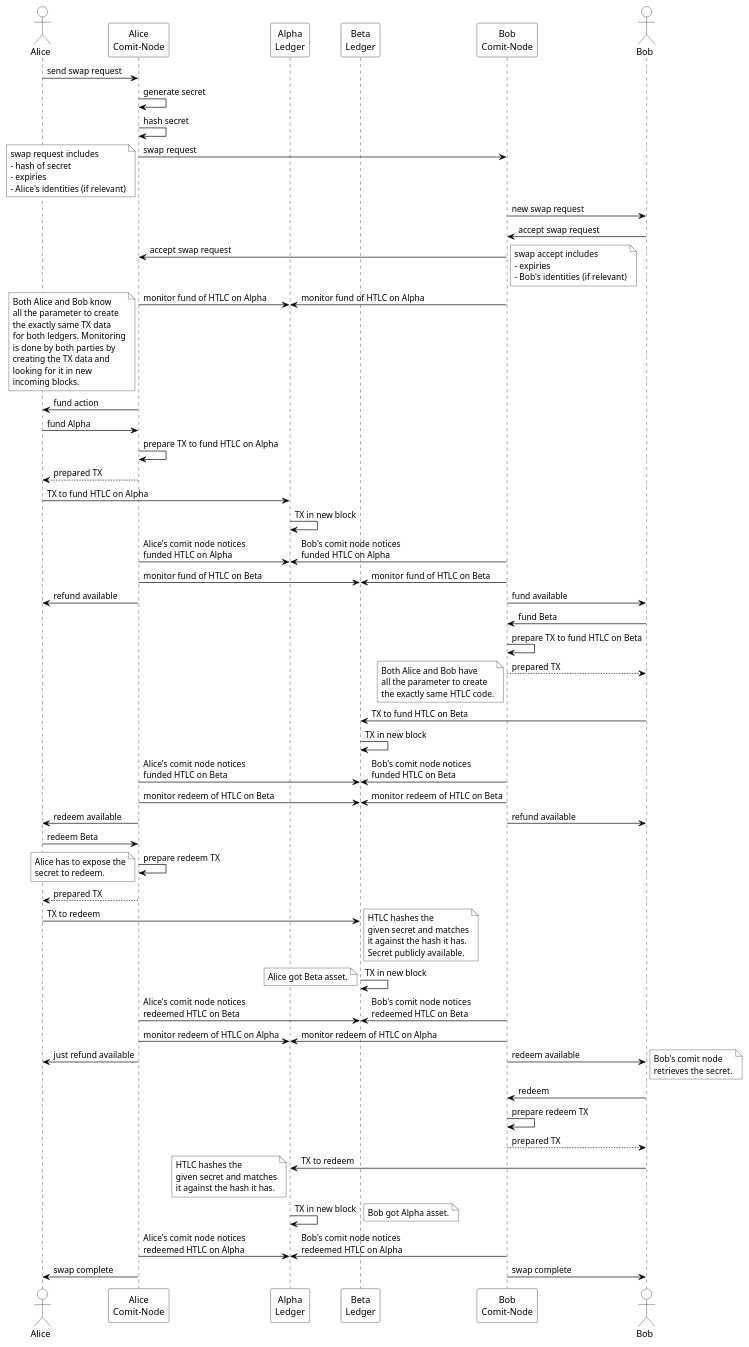
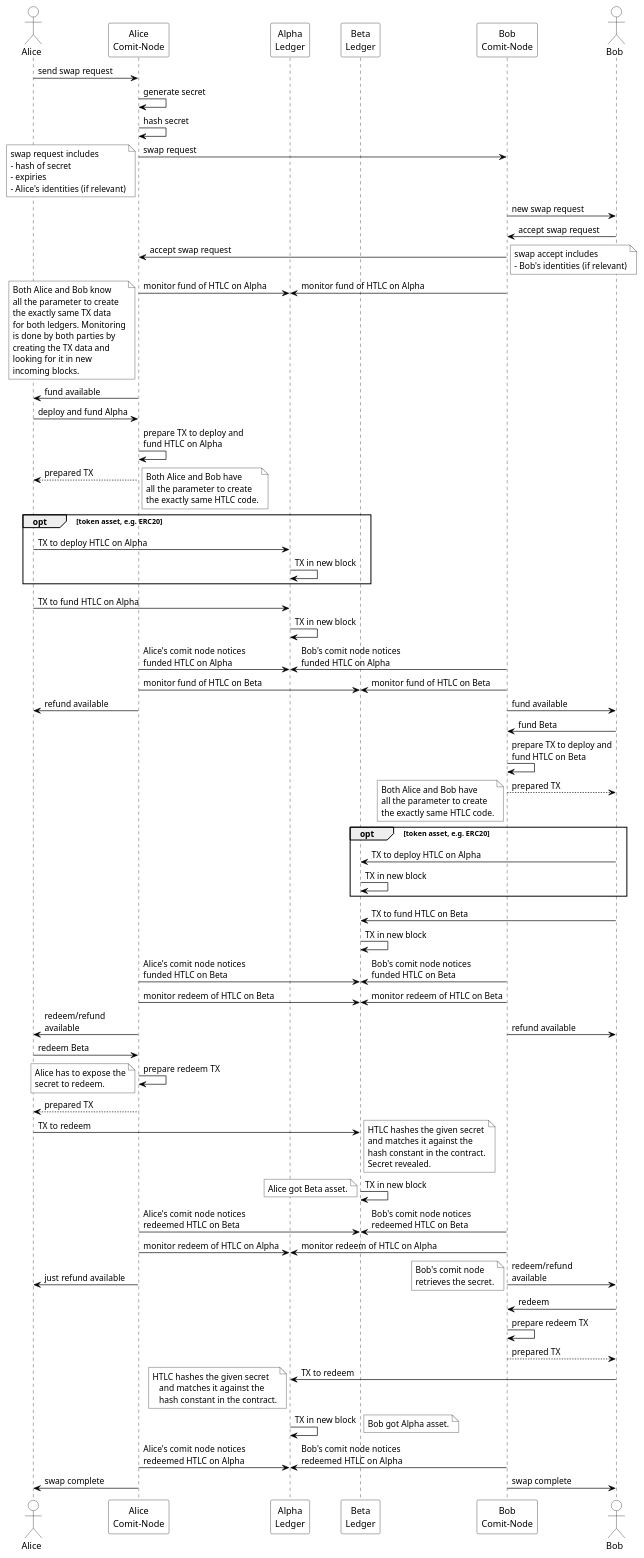
The diagram in assets/RFC003-AlphaBeta-AtomicSwap.puml (comit-network/RFCs), drawn with PlantUML before and after one commit.

Commit message:
add optional TX block for HTLC deployment in token case and fix things

```diff
--- a/assets/RFC003-AlphaBeta-AtomicSwap.puml
+++ b/assets/RFC003-AlphaBeta-AtomicSwap.puml
@@ -4,139 +4,151 @@
 @startuml
 ' #################################################
 ' SETTINGS: color settings of diagram
 ' #################################################
 skinparam sequence {
 	BorderColor black
 	ArrowColor black
 	ActorBorderColor black
 	LifeLineBorderColor black
 	LifeLineBackgroundColor white
 	
 	ParticipantBorderColor black
 	ParticipantBackgroundColor white
 	ParticipantFontColor black
 	
 	ActorBackgroundColor white
 	ActorFontColor black
 }
 ' #################################################
 ' ACTORS
 ' #################################################
 actor Alice
 participant "Alice\nComit-Node" as AC
 participant "Alpha\nLedger" as Alpha
 participant "Beta\nLedger" as Beta
 participant "Bob\nComit-Node" as BC
 actor Bob
 
 ' allow parallelism
 !pragma teoz true
 
 ' #################################################
 ' DIAGRAM
 ' #################################################
 Alice->AC: send swap request
 AC->AC: generate secret
 AC->AC: hash secret
 AC->BC: swap request 
 note left #white
 	swap request includes 
 	- hash of secret 
 	- expiries
 	- Alice's identities (if relevant)
 end note
 BC->Bob: new swap request
 Bob->BC: accept swap request
 BC->AC: accept swap request
 note right #white
-	swap accept includes 
-	- expiries
+	swap accept includes
 	- Bob's identities (if relevant)
 end note
 BC->Alpha: monitor fund of HTLC on Alpha
 & AC->Alpha: monitor fund of HTLC on Alpha
 note left #white
 	Both Alice and Bob know
 	all the parameter to create
 	the exactly same TX data
 	for both ledgers. Monitoring
 	is done by both parties by
 	creating the TX data and
 	looking for it in new
 	incoming blocks.
 end note
-AC->Alice: fund action
-Alice->AC: fund Alpha
-AC->AC: prepare TX to fund HTLC on Alpha
+AC->Alice: fund available
+Alice->AC: deploy and fund Alpha
+AC->AC: prepare TX to deploy and\nfund HTLC on Alpha
 AC-->Alice: prepared TX
+note right #white
+	Both Alice and Bob have
+	all the parameter to create
+	the exactly same HTLC code.
+end note
+opt token asset, e.g. ERC20
+   Alice->Alpha: TX to deploy HTLC on Alpha
+   Alpha->Alpha: TX in new block
+end
 Alice->Alpha: TX to fund HTLC on Alpha
 Alpha->Alpha: TX in new block
 AC->Alpha: Alice's comit node notices\nfunded HTLC on Alpha
 & BC->Alpha: Bob's comit node notices\nfunded HTLC on Alpha
 BC->Beta: monitor fund of HTLC on Beta
 & AC->Beta: monitor fund of HTLC on Beta
 AC->Alice: refund available
 & BC->Bob: fund available
 Bob->BC: fund Beta
-BC->BC: prepare TX to fund HTLC on Beta
+BC->BC: prepare TX to deploy and\nfund HTLC on Beta
 BC-->Bob: prepared TX
 note left #white
 	Both Alice and Bob have
 	all the parameter to create
 	the exactly same HTLC code.
 end note
+opt token asset, e.g. ERC20
+   Bob->Beta: TX to deploy HTLC on Alpha
+   Beta->Beta: TX in new block
+end
 Bob->Beta: TX to fund HTLC on Beta
 Beta->Beta: TX in new block
 BC->Beta: Bob's comit node notices\nfunded HTLC on Beta
 & AC->Beta: Alice's comit node notices\nfunded HTLC on Beta
 BC->Beta: monitor redeem of HTLC on Beta
 & AC->Beta: monitor redeem of HTLC on Beta
 BC->Bob: refund available
-& AC->Alice: redeem available
+& AC->Alice: redeem/refund\navailable
 Alice->AC: redeem Beta
 AC->AC: prepare redeem TX
 note left #white
 	Alice has to expose the
 	secret to redeem.
 end note
 AC-->Alice: prepared TX
 Alice->Beta: TX to redeem
 note right #white
-	HTLC hashes the
-	given secret and matches
-	it against the hash it has.
-	Secret publicly available.
+	HTLC hashes the given secret
+	and matches it against the
+	hash constant in the contract.
+	Secret revealed.
 end note
 Beta->Beta: TX in new block
 note left #white
 	Alice got Beta asset.
 end note
 AC->Beta: Alice's comit node notices\nredeemed HTLC on Beta
 & BC->Beta: Bob's comit node notices\nredeemed HTLC on Beta
 BC->Alpha: monitor redeem of HTLC on Alpha
 & AC->Alpha: monitor redeem of HTLC on Alpha
 AC->Alice: just refund available
-& BC->Bob: redeem available
-note right #white
+& BC->Bob: redeem/refund\navailable
+note left #white
 	Bob's comit node
 	retrieves the secret.
 end note
 Bob->BC: redeem
 BC->BC: prepare redeem TX
 BC-->Bob: prepared TX
 Bob->Alpha: TX to redeem
 note left #white
-	HTLC hashes the
-	given secret and matches
-	it against the hash it has.
+	HTLC hashes the given secret
+    and matches it against the
+    hash constant in the contract.
 end note
 Alpha->Alpha: TX in new block
 note right #white
 	Bob got Alpha asset.
 end note
 AC->Alpha: Alice's comit node notices\nredeemed HTLC on Alpha
 & BC->Alpha: Bob's comit node notices\nredeemed HTLC on Alpha
 AC->Alice: swap complete
 & BC->Bob: swap complete
 
 @enduml
```
